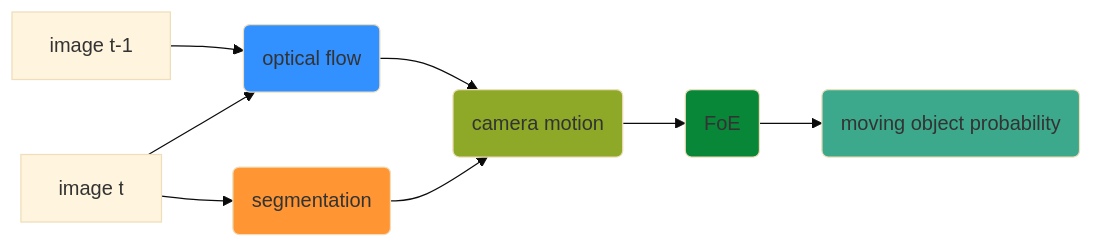
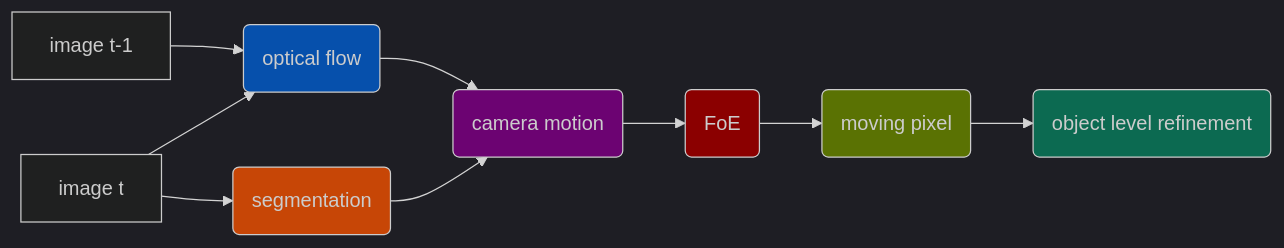
One commit to MasahiroOgawa/reconstruct4D changed the diagram in doc/flowchart_whole.md. Above: the diagram before and after it, drawn with Mermaid. The commit also changed 3 other files, not shown here.

Commit message:
change mermaid color to be able to see in dark background

````diff
--- a/doc/flowchart_whole.md
+++ b/doc/flowchart_whole.md
@@ -1,26 +1,28 @@
 ```mermaid
 %%{
   init: {
-    'theme': 'base',
+    'theme': 'dark',
     'themeVariables': {
       'fontSize': '28pix',
       'curve': 'linear'
     }
   }
 }%%
 
 flowchart LR
     imgt-1[image t-1] --> flow(optical flow)
     imgt[image t] --> flow
     imgt --> seg(segmentation)
     flow --> cam(camera motion)
     seg --> cam
     cam --> foe(FoE)
-    foe --> movpix(moving object probability)
+    foe --> movpix(moving pixel)
+    movpix --> objref(object level refinement)
 
-    style flow fill:#3390FF
-    style foe fill:#098739
-    style cam fill: #8EA928
-    style movpix fill: #3DA98C
-    style seg fill:#FF9633
+    style flow fill: #0650AC
+    style seg fill: #C74606
+    style cam fill: #6C0372
+    style foe fill: #8B0000
+    style movpix fill: #5A7203
+    style objref fill: #0C6A51
 ```
````
